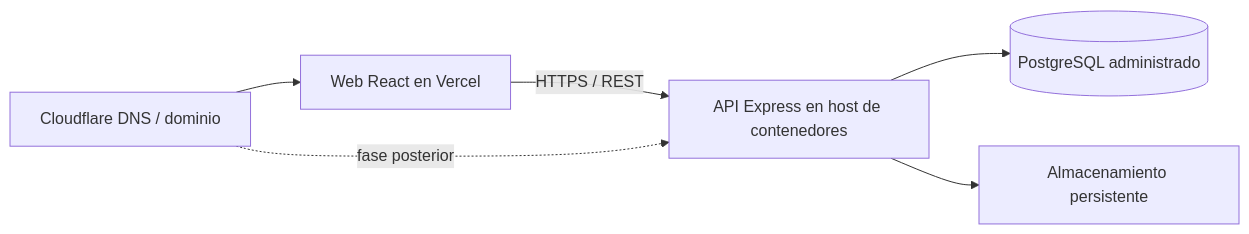
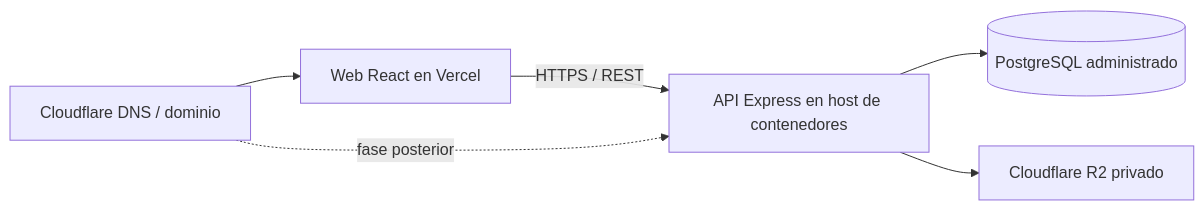
One commit to cristalba22/soporteqr changed the diagram in docs/deployment-demo.md. Above: the diagram before and after it, drawn with Mermaid. The commit also changed other lines of this file and 17 other files, not shown here.

````diff
--- a/docs/deployment-demo.md
+++ b/docs/deployment-demo.md
@@ -5,8 +5,8 @@
 ```mermaid
 flowchart LR
   V[Web React en Vercel] -->|HTTPS / REST| A[API Express en host de contenedores]
   A --> P[(PostgreSQL administrado)]
-  A --> S[Almacenamiento persistente]
+  A --> S[Cloudflare R2 privado]
   C[Cloudflare DNS / dominio] --> V
   C -. fase posterior .-> A
 ```
````
